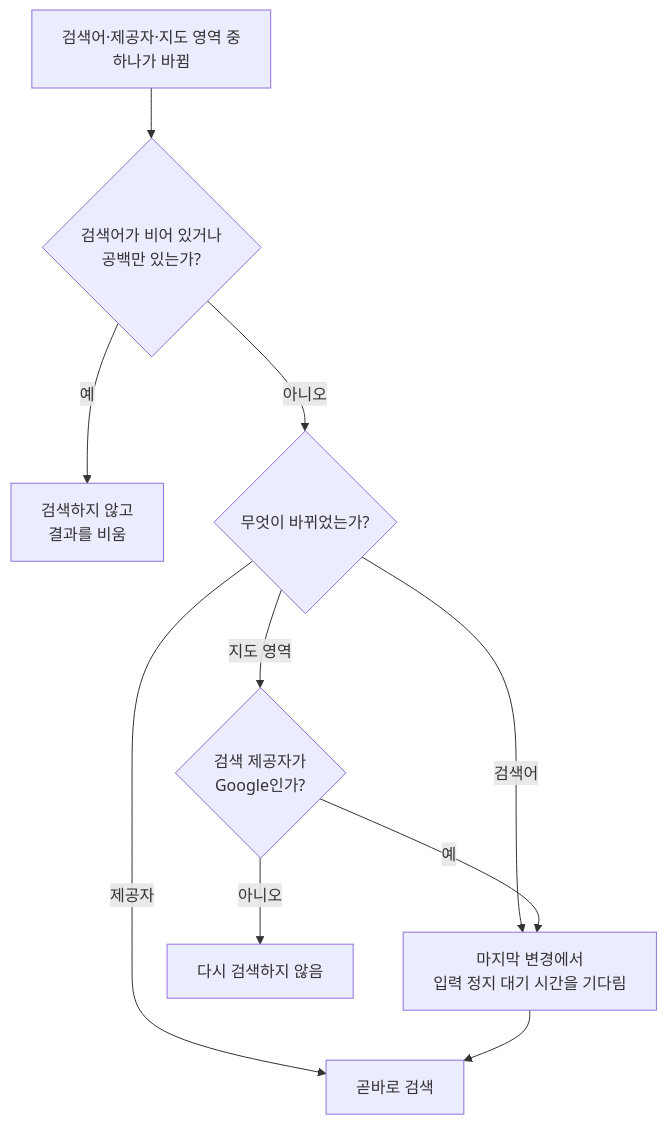
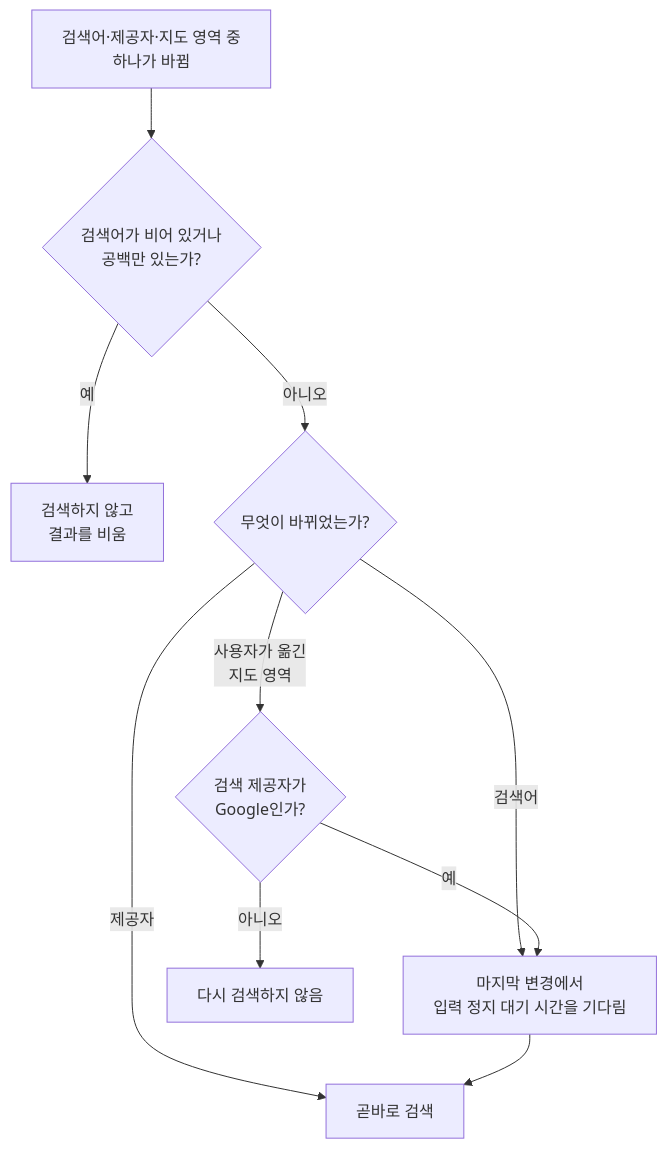
One commit to taetae98coding/DiaryKMP changed the first of 2 diagrams in docs/spec/client/place-search-dialog.md. Above: the diagram before and after it, drawn with Mermaid. The commit also changed other lines of this file and 15 other files, not shown here.

````diff
--- a/docs/spec/client/place-search-dialog.md
+++ b/docs/spec/client/place-search-dialog.md
@@ -105,12 +117,12 @@
 ```mermaid
 flowchart TD
     start["검색어·제공자·지도 영역 중<br/>하나가 바뀜"] --> query{"검색어가 비어 있거나<br/>공백만 있는가?"}
     query -- 예 --> clear["검색하지 않고<br/>결과를 비움"]
     query -- 아니오 --> what{"무엇이 바뀌었는가?"}
     what -- "검색어" --> wait["마지막 변경에서<br/>입력 정지 대기 시간을 기다림"]
     what -- "제공자" --> now["곧바로 검색"]
-    what -- "지도 영역" --> provider{"검색 제공자가<br/>Google인가?"}
+    what -- "사용자가 옮긴<br/>지도 영역" --> provider{"검색 제공자가<br/>Google인가?"}
     provider -- 아니오 --> skip["다시 검색하지 않음"]
     provider -- 예 --> wait
     wait --> now
 ```
````
